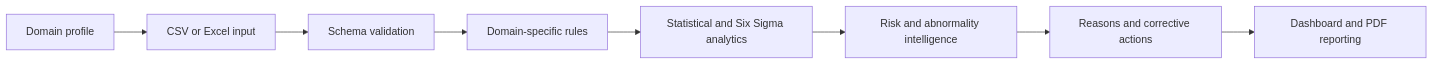
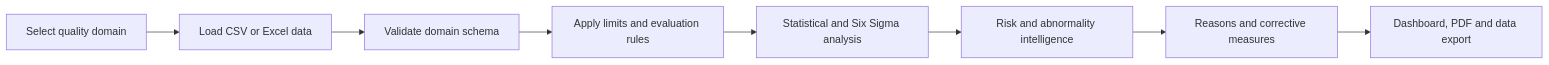
The first of 2 diagrams in README.md (Janicebenita/DQIP-Digital-Quality-Intelligence-Platform), drawn with Mermaid before and after one commit. The commit also changed other lines of this file and 5 other files, not shown here.

````diff
--- a/README.md
+++ b/README.md
@@ -67,10 +203,10 @@
 ```mermaid
 flowchart LR
-    A[Domain profile] --> B[CSV or Excel input]
-    B --> C[Schema validation]
-    C --> D[Domain-specific rules]
-    D --> E[Statistical and Six Sigma analytics]
+    A[Select quality domain] --> B[Load CSV or Excel data]
+    B --> C[Validate domain schema]
+    C --> D[Apply limits and evaluation rules]
+    D --> E[Statistical and Six Sigma analysis]
     E --> F[Risk and abnormality intelligence]
-    F --> G[Reasons and corrective actions]
-    G --> H[Dashboard and PDF reporting]
+    F --> G[Reasons and corrective measures]
+    G --> H[Dashboard, PDF and data export]
 ```
````
